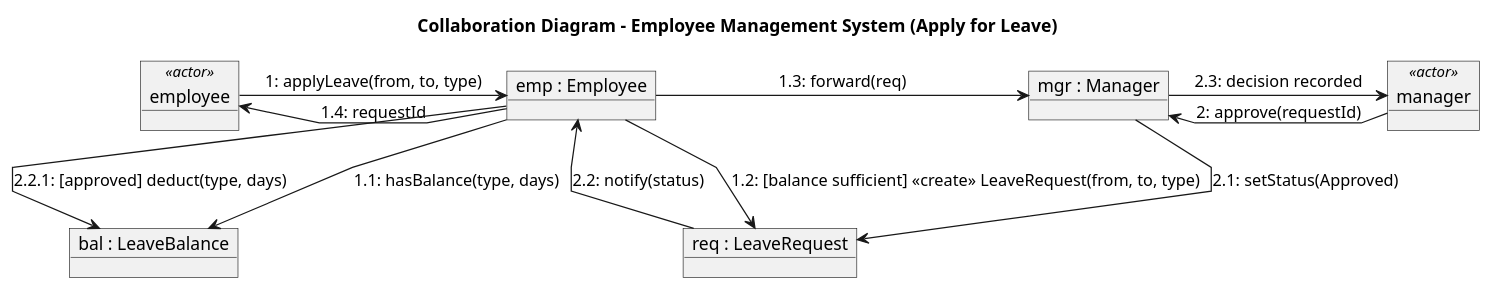
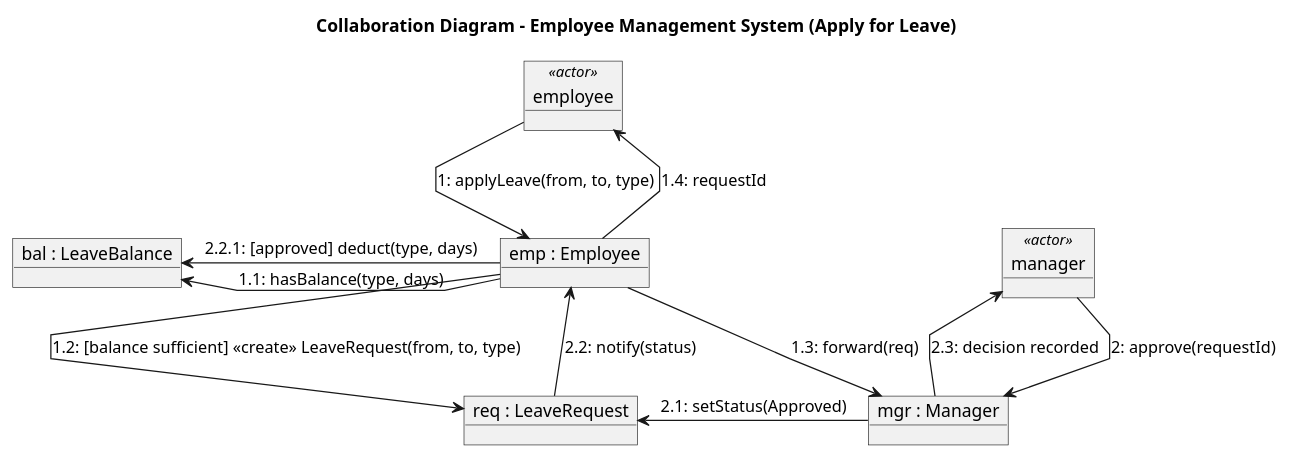
One commit to theetherGit/mca-ignou-labs changed the diagram in public/code/mcsl-222/section-1/session-4/employee_leave_collab.puml. Above: the diagram before and after it, drawn with PlantUML. The commit also changed 33 other files, not shown here.

First line of the commit message:
feat(diagrams): print-legible layouts; wide pictures print sideways

```diff
--- a/public/code/mcsl-222/section-1/session-4/employee_leave_collab.puml
+++ b/public/code/mcsl-222/section-1/session-4/employee_leave_collab.puml
@@ -1,22 +1,22 @@
 @startuml
 skinparam linetype polyline
 title Collaboration Diagram - Employee Management System (Apply for Leave)
 
 object "employee" as employee <<actor>>
 object "emp : Employee" as emp
 object "bal : LeaveBalance" as bal
 object "req : LeaveRequest" as req
 object "mgr : Manager" as mgr
 object "manager" as manager <<actor>>
 
-employee -right-> emp : 1: applyLeave(from, to, type)
-emp -down-> bal : 1.1: hasBalance(type, days)
-emp -right-> req : 1.2: [balance sufficient] <<create>> LeaveRequest(from, to, type)
-emp -right-> mgr : 1.3: forward(req)
-emp -left-> employee : 1.4: requestId
-manager -left-> mgr : 2: approve(requestId)
-mgr -down-> req : 2.1: setStatus(Approved)
-req -left-> emp : 2.2: notify(status)
-emp -down-> bal : 2.2.1: [approved] deduct(type, days)
-mgr -right-> manager : 2.3: decision recorded
+employee -down-> emp : 1: applyLeave(from, to, type)
+emp -left-> bal : 1.1: hasBalance(type, days)
+emp -down-> req : 1.2: [balance sufficient] <<create>> LeaveRequest(from, to, type)
+emp -down-> mgr : 1.3: forward(req)
+emp -up-> employee : 1.4: requestId
+manager -down-> mgr : 2: approve(requestId)
+mgr -left-> req : 2.1: setStatus(Approved)
+req -up-> emp : 2.2: notify(status)
+emp -left-> bal : 2.2.1: [approved] deduct(type, days)
+mgr -up-> manager : 2.3: decision recorded
 @enduml
```
